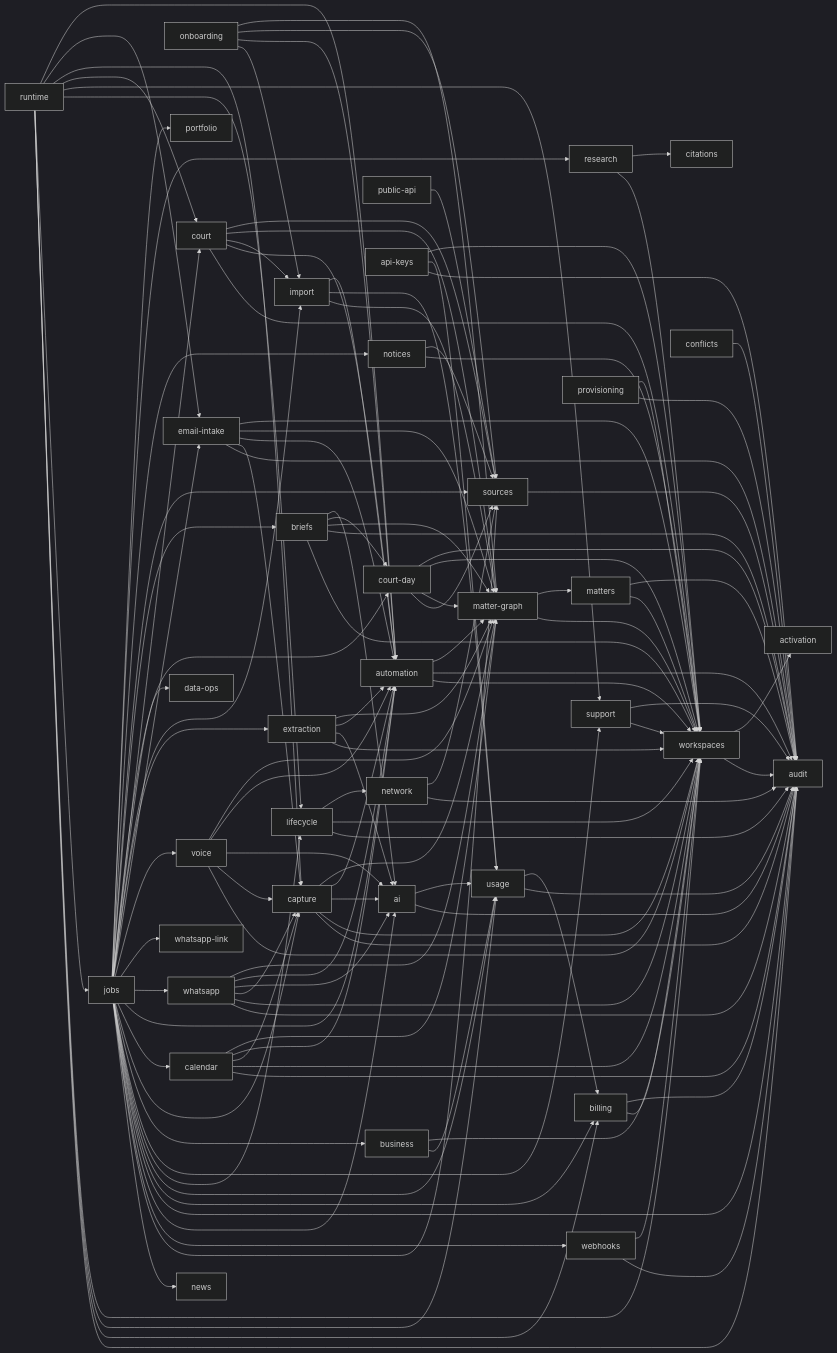
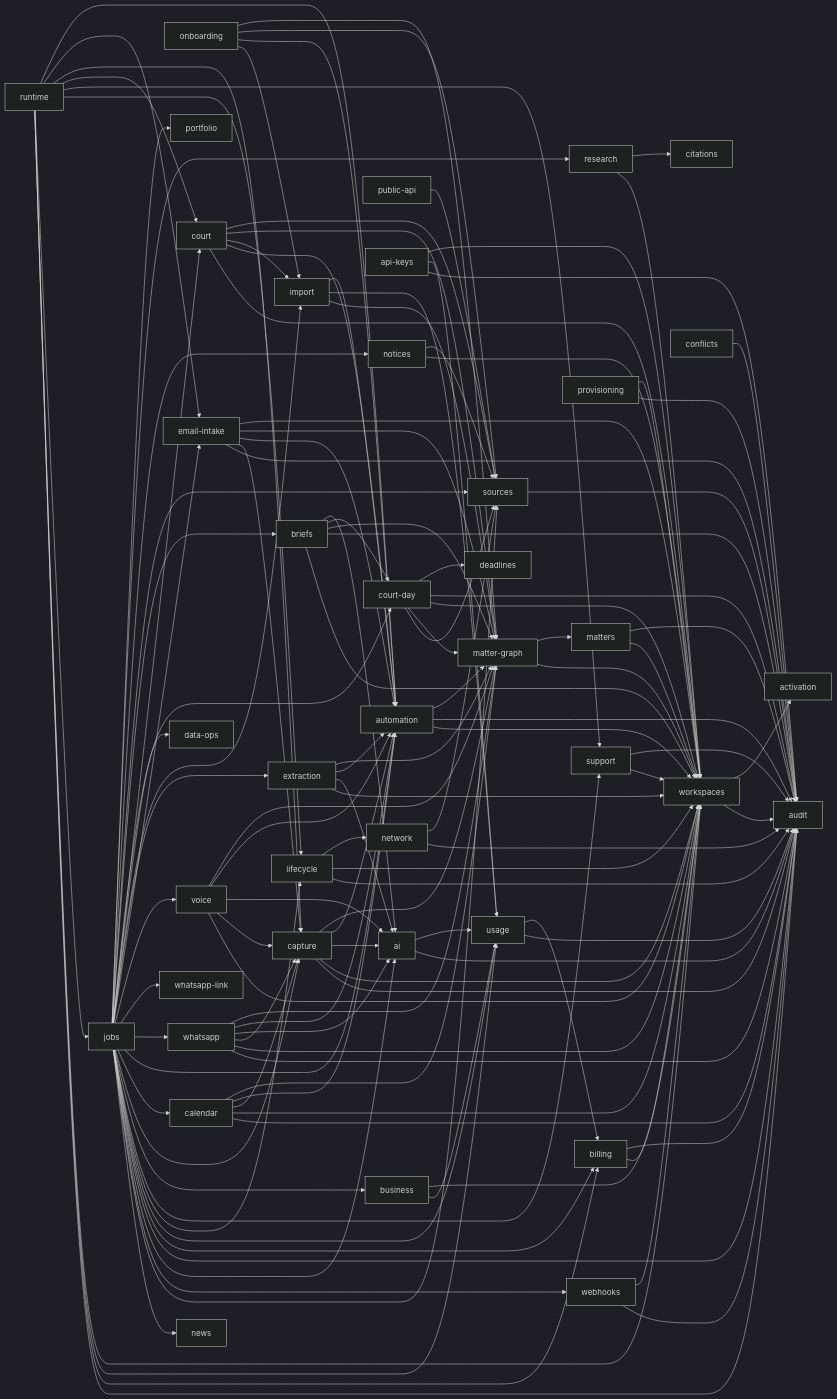
One commit to RapierCraftStudios/causedeck changed the diagram in docs/engineering/core-domains.md. Above: the diagram before and after it, drawn with Mermaid (dark theme). The commit also changed other lines of this file and 16 other files, not shown here.

```diff
--- a/docs/engineering/core-domains.md
+++ b/docs/engineering/core-domains.md
@@ -103,6 +103,7 @@
   court-day --> matter-graph
   court-day --> workspaces
   court-day --> audit
+  court-day --> deadlines
   briefs --> workspaces
   briefs --> audit
   briefs --> matter-graph
```
